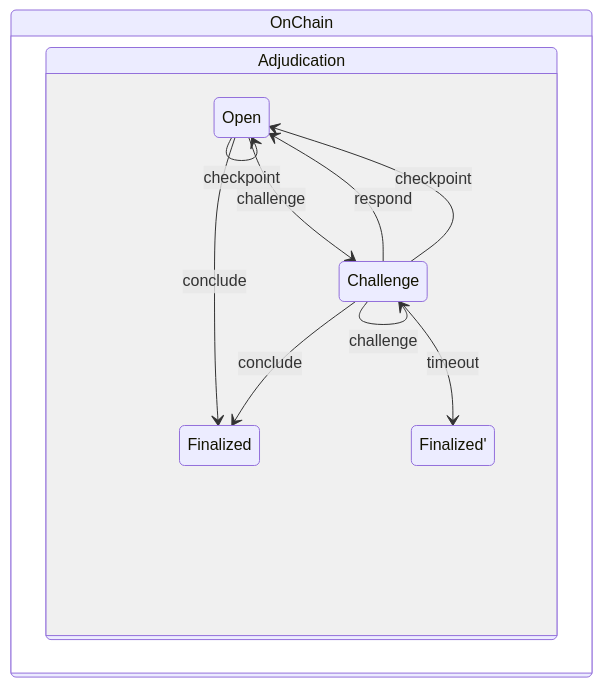
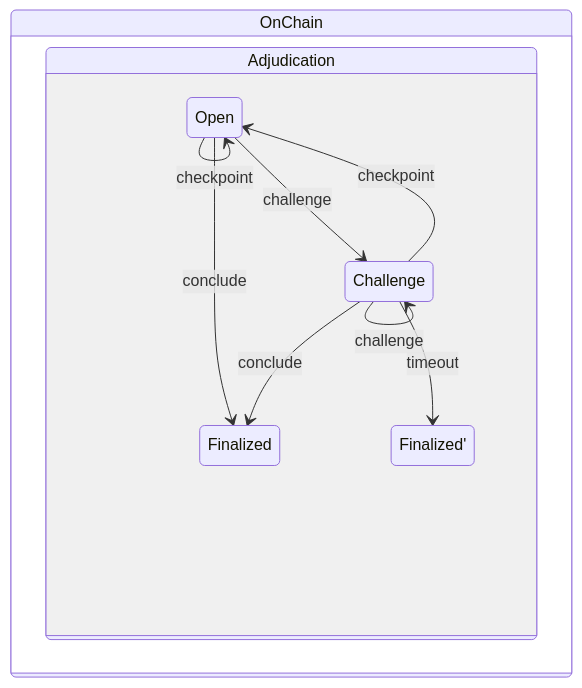
The third of 3 diagrams in docs/protocol-tutorial/0040-lifecycle-of-a-channel.md (statechannels/go-nitro), drawn with Mermaid before and after one commit.

Commit message:
remove `respond` from channel lifecycle diagram
Closes #1141

````diff
--- a/docs/protocol-tutorial/0040-lifecycle-of-a-channel.md
+++ b/docs/protocol-tutorial/0040-lifecycle-of-a-channel.md
@@ -111,16 +111,15 @@
 ```mermaid
 stateDiagram-v2
 
 state OnChain {
 state Adjudication {
 Open -->Challenge: challenge
 Open --> Open: checkpoint
 Open--> Finalized: conclude
 Challenge--> Challenge: challenge
-Challenge--> Open: respond
 Challenge--> Open: checkpoint
 Challenge--> Finalized: conclude
 Challenge--> Finalized': timeout
 }
 }
 ```
````
